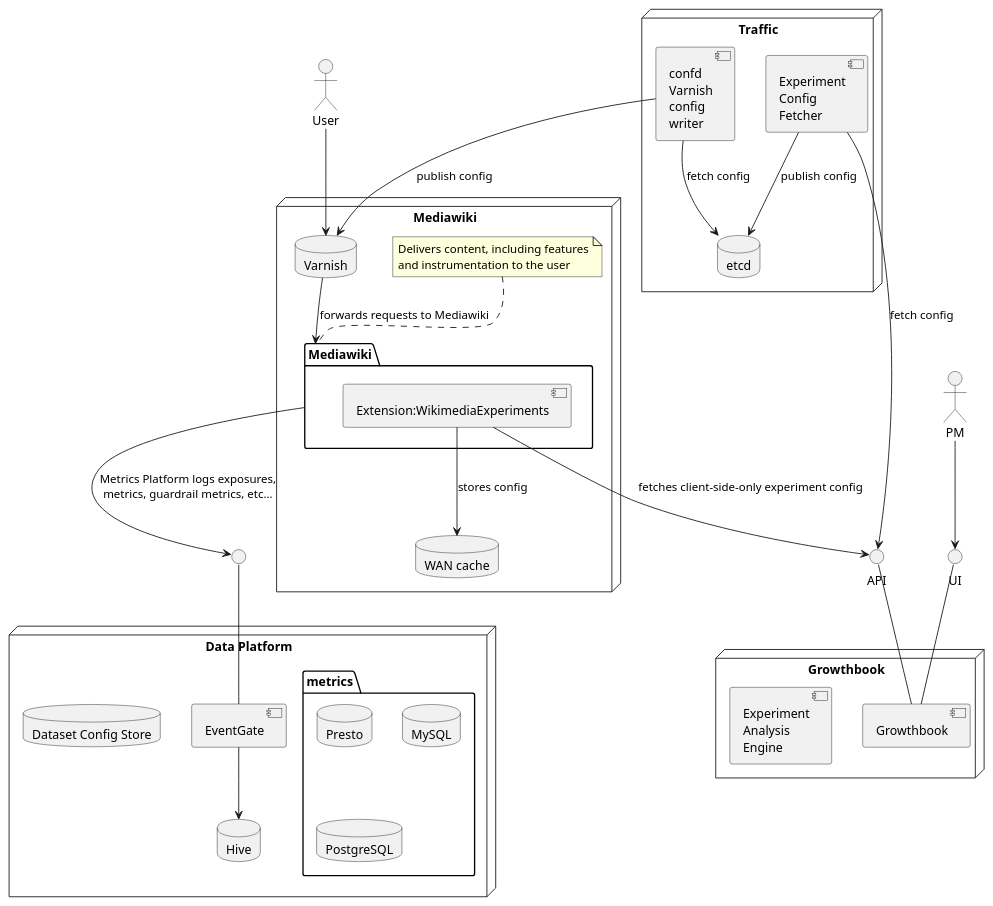
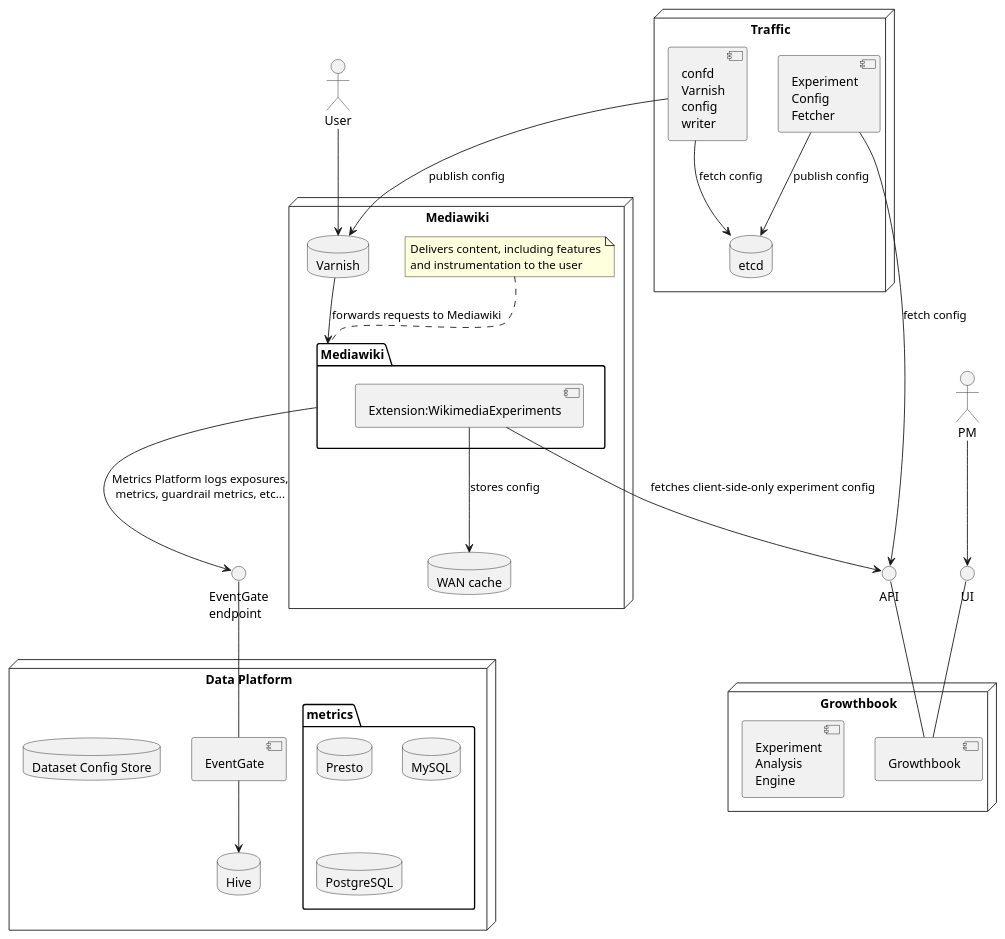
The diagram in growthbook/growthbook-overview.puml (gehel/notes), drawn with PlantUML before and after one commit.

Commit message:
minor cleanup

```diff
--- a/growthbook/growthbook-overview.puml
+++ b/growthbook/growthbook-overview.puml
@@ -1,70 +1,70 @@
 @startuml
 'https://plantuml.com/component-diagram
 
 () UI
 () API
 actor PM
 PM --> UI
 node Growthbook as gb {
   UI -- [Growthbook]
   API -- [Growthbook]
   [Experiment\nAnalysis\nEngine]
 }
 
 
-() " " as eventgate_API
+() "EventGate\nendpoint" as eventgate_API
 node "Data Platform" as dp {
   [EventGate] -up- eventgate_API
 
   database Hive
   [EventGate] --> Hive
 
   database "Dataset Config Store" as dataset_config_store
 
   package metrics {
     database Presto
     database MySQL
     database PostgreSQL
   }
 }
 
 
 node Mediawiki as mw {
   database Varnish
 
   Varnish --> [Mediawiki]: forwards requests to Mediawiki
 
   package Mediawiki {
     [Extension:WikimediaExperiments]
   }
 
   note top of Mediawiki
     Delivers content, including features
     and instrumentation to the user
   end note
 
   database "WAN cache" as wan_cache
 
   [Extension:WikimediaExperiments] --> API: fetches client-side-only experiment config
   [Extension:WikimediaExperiments] --> wan_cache: stores config
 
   Mediawiki --> eventgate_API: Metrics Platform logs exposures,\nmetrics, guardrail metrics, etc...
 }
 actor User
 User --> Varnish
 
 
 node Traffic {
   database etcd
 
   [Experiment\nConfig\nFetcher] --> API: fetch config
   [Experiment\nConfig\nFetcher] --> etcd: publish config
 
   [confd\nVarnish\nconfig\nwriter] --> etcd: fetch config
   [confd\nVarnish\nconfig\nwriter] --> Varnish: publish config
 }
 
 
 
 
 @enduml
```
